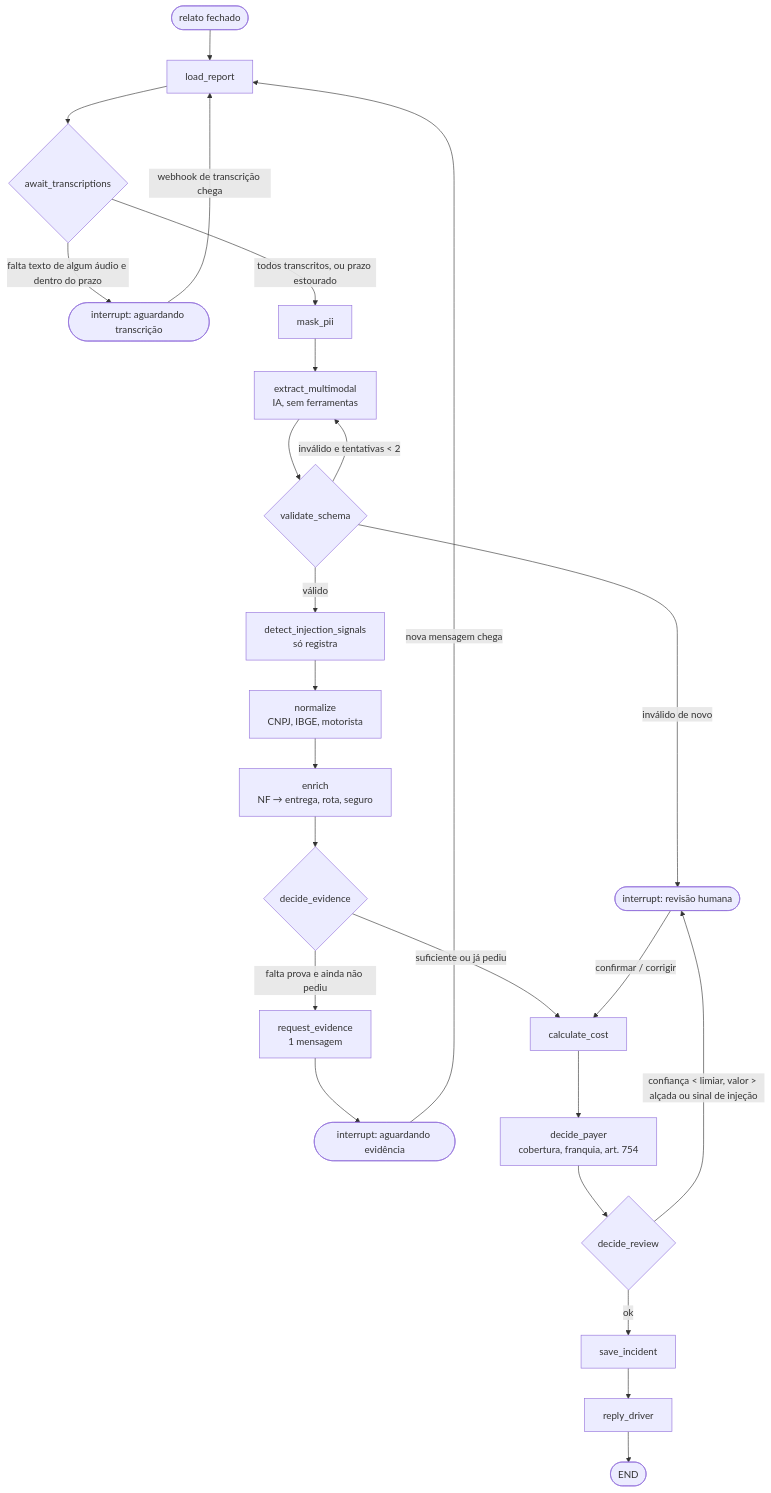
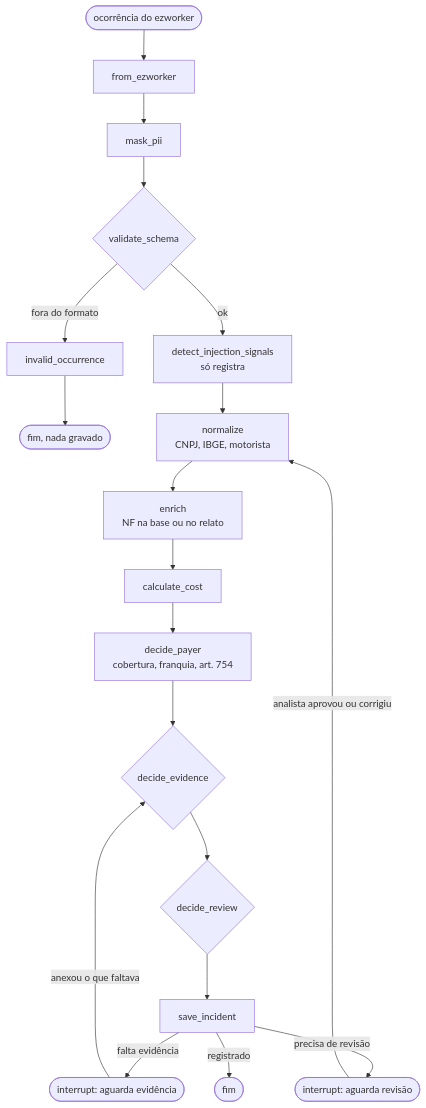
The second of 2 diagrams in docs/PLANO_DESENVOLVIMENTO.md (eteg/teglog-hakathon), drawn with Mermaid before and after one commit. The commit also changed other lines of this file and 22 other files, not shown here.

````diff
--- a/docs/PLANO_DESENVOLVIMENTO.md
+++ b/docs/PLANO_DESENVOLVIMENTO.md
@@ -72,27 +63,21 @@
 ```mermaid
 flowchart TD
-    START([relato fechado]) --> load[load_report]
-    load --> awaitT{await_transcriptions}
-    awaitT -->|falta texto de algum áudio e dentro do prazo| waitT([interrupt: aguardando transcrição])
-    waitT -->|webhook de transcrição chega| load
-    awaitT -->|todos transcritos, ou prazo estourado| mask[mask_pii]
-    mask --> extract[extract_multimodal<br/>IA, sem ferramentas]
-    extract --> validate{validate_schema}
-    validate -->|inválido e tentativas < 2| extract
-    validate -->|inválido de novo| review
-    validate -->|válido| signals[detect_injection_signals<br/>só registra]
+    START([ocorrência do ezworker]) --> from[from_ezworker]
+    from --> mask[mask_pii]
+    mask --> validate{validate_schema}
+    validate -->|fora do formato| invalid[invalid_occurrence]
+    invalid --> FIM1([fim, nada gravado])
+    validate -->|ok| signals[detect_injection_signals<br/>só registra]
     signals --> normalize[normalize<br/>CNPJ, IBGE, motorista]
-    normalize --> enrich[enrich<br/>NF → entrega, rota, seguro]
-    enrich --> evid{decide_evidence}
-    evid -->|falta prova e ainda não pediu| requestEv[request_evidence<br/>1 mensagem]
-    requestEv --> waitEv([interrupt: aguardando evidência])
-    waitEv -->|nova mensagem chega| load
-    evid -->|suficiente ou já pediu| cost[calculate_cost]
+    normalize --> enrich[enrich<br/>NF na base ou no relato]
+    enrich --> cost[calculate_cost]
     cost --> payer[decide_payer<br/>cobertura, franquia, art. 754]
-    payer --> decideReview{decide_review}
-    decideReview -->|confiança < limiar, valor > alçada ou sinal de injeção| review([interrupt: revisão humana])
-    review -->|confirmar / corrigir| cost
-    decideReview -->|ok| save[save_incident]
-    save --> reply[reply_driver]
-    reply --> END([END])
+    payer --> evid{decide_evidence}
+    evid --> review{decide_review}
+    review --> save[save_incident]
+    save -->|falta evidência| awaitEv([interrupt: aguarda evidência])
+    awaitEv -->|anexou o que faltava| evid
+    save -->|precisa de revisão| awaitRev([interrupt: aguarda revisão])
+    awaitRev -->|analista aprovou ou corrigiu| normalize
+    save -->|registrado| FIM2([fim])
 ```
````
